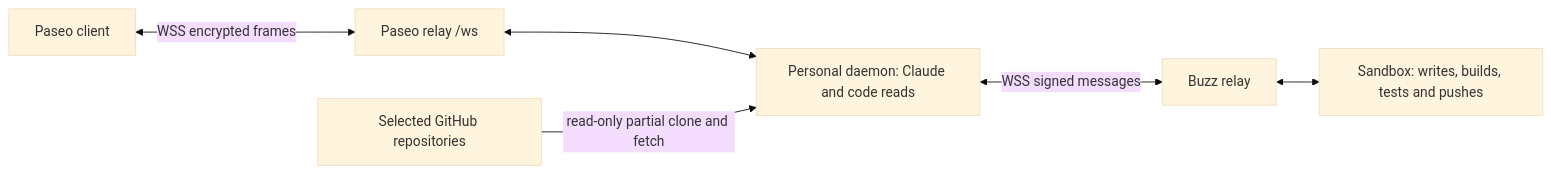
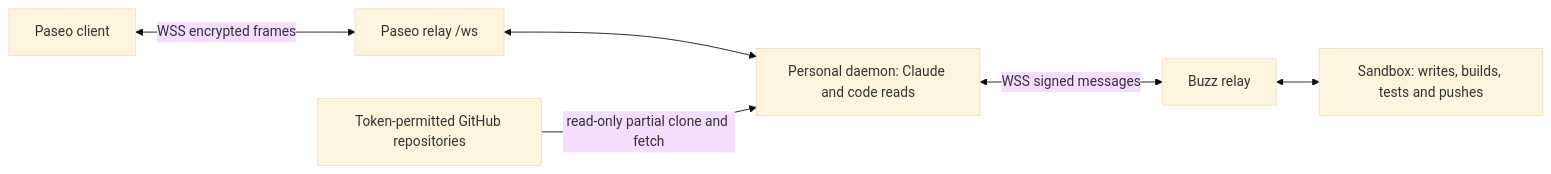
The diagram in voltage/images/paseo-daemon/README.md (voltagecloud/buzz), drawn with Mermaid (base theme) before and after one commit. The commit also changed other lines of this file and 7 other files, not shown here.

Commit message:
fix(paseo-daemon): use token permissions for repository reads

````diff
--- a/voltage/images/paseo-daemon/README.md
+++ b/voltage/images/paseo-daemon/README.md
@@ -8,8 +8,8 @@
 ```mermaid
 flowchart LR
   Client[Paseo client] <-->|WSS encrypted frames| Relay[Paseo relay /ws]
   Relay <--> Daemon[Personal daemon: Claude and code reads]
-  GitHub[Selected GitHub repositories] -->|read-only partial clone and fetch| Daemon
+  GitHub[Token-permitted GitHub repositories] -->|read-only partial clone and fetch| Daemon
   Daemon <-->|WSS signed messages| Buzz[Buzz relay]
   Buzz <--> Sandbox[Sandbox: writes, builds, tests and pushes]
 ```
````
